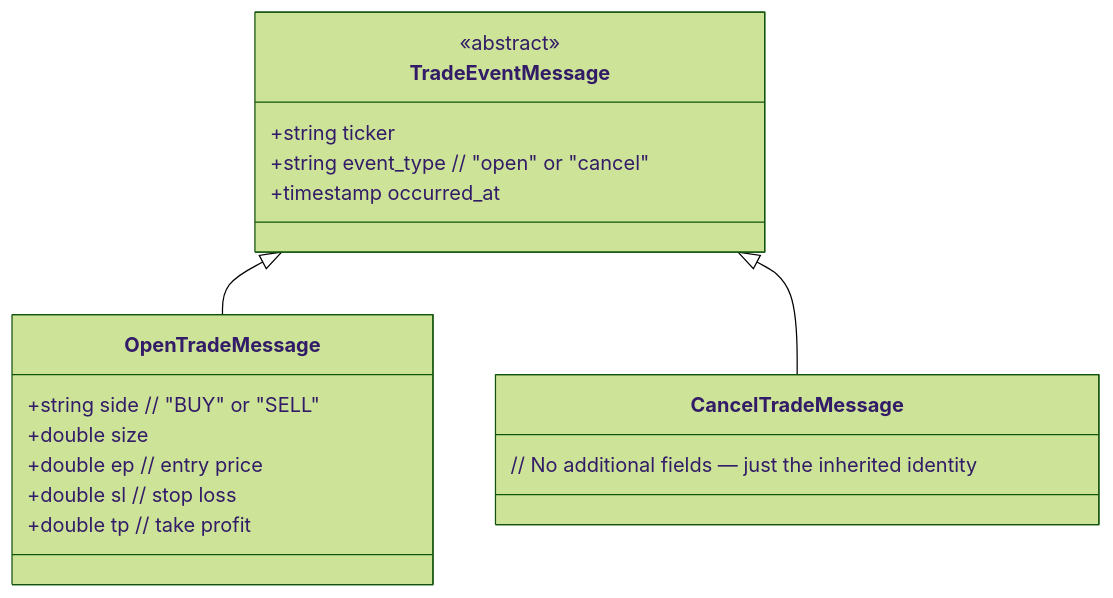
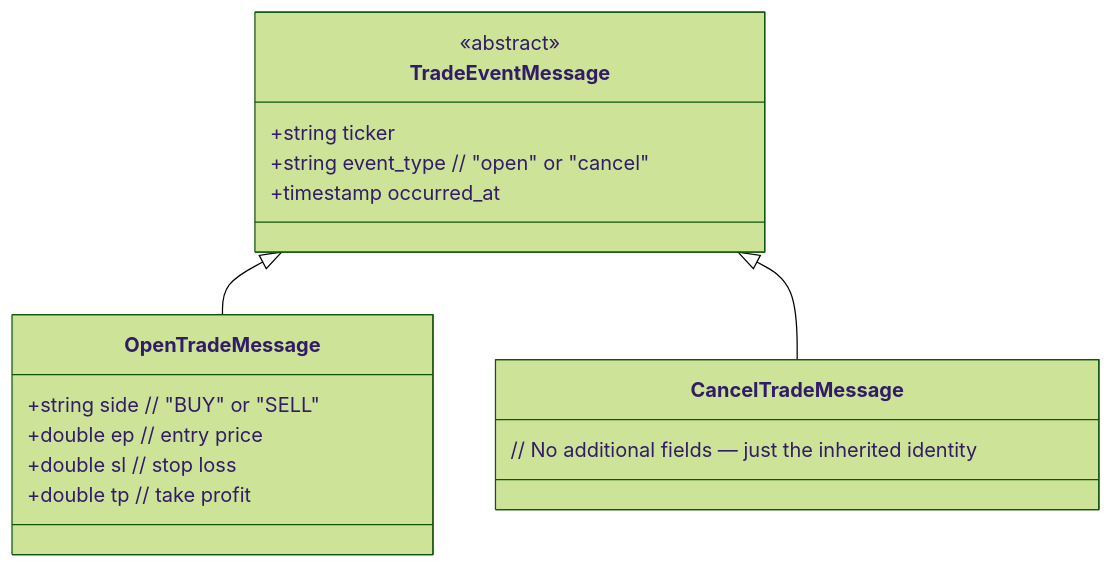
Before and after one commit to Andy11011/EDGEngine: the diagram in Arch/EdgeTrader/EventsCD.md, drawn with Mermaid (forest theme). The commit also changed 7 other files, not shown here.

````diff
--- a/Arch/EdgeTrader/EventsCD.md
+++ b/Arch/EdgeTrader/EventsCD.md
@@ -1,24 +1,23 @@
 ```mermaid
 classDiagram
     class TradeEventMessage {
         <<abstract>>
         +string ticker
         +string event_type   // "open" or "cancel"
         +timestamp occurred_at
     }
 
     class OpenTradeMessage {
         +string side          // "BUY" or "SELL"
-        +double size
         +double ep            // entry price
         +double sl            // stop loss
         +double tp            // take profit
     }
 
     class CancelTradeMessage {
         // No additional fields — just the inherited identity
     }
 
     TradeEventMessage <|-- OpenTradeMessage
     TradeEventMessage <|-- CancelTradeMessage
 ```
````
